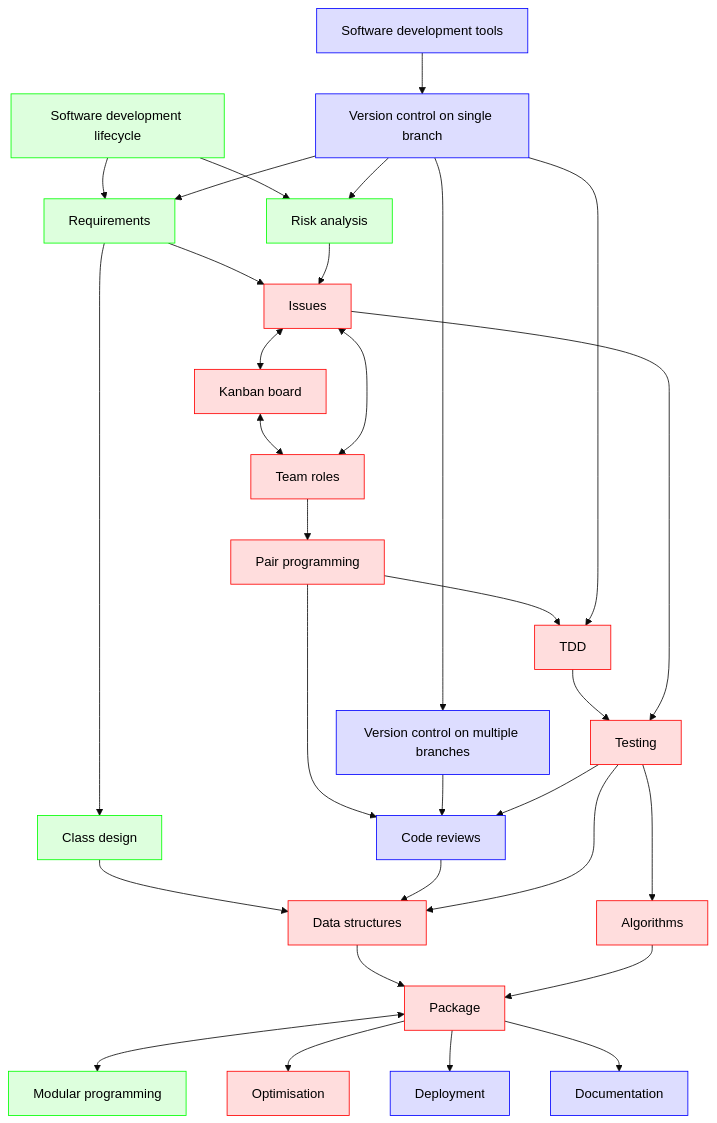
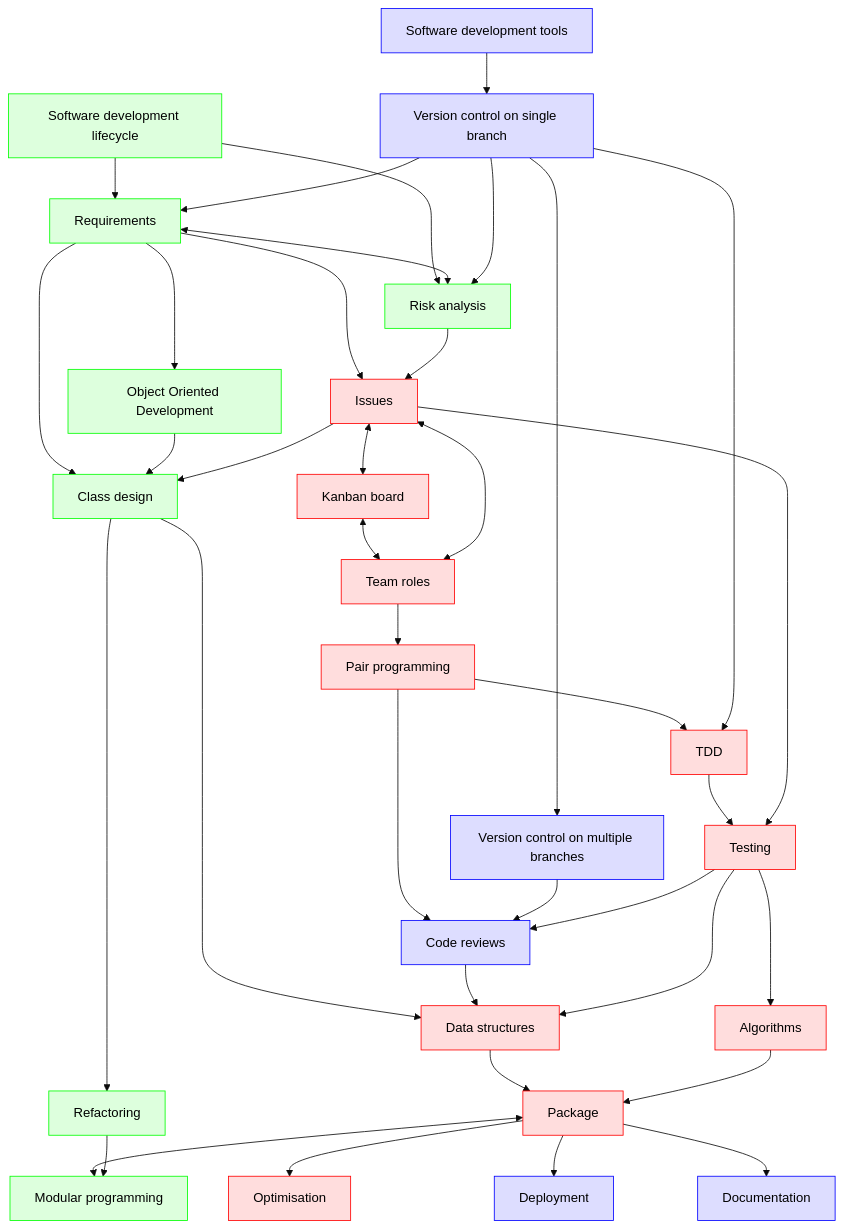
One commit to UPPMAX/programming_formalisms changed the diagram in docs/misc/wrap_up.md. Above: the diagram before and after it, drawn with Mermaid (base theme).

Commit message:
added nodes to the chart

````diff
--- a/docs/misc/wrap_up.md
+++ b/docs/misc/wrap_up.md
@@ -27,73 +27,80 @@
 ```mermaid
 flowchart TD
 
   classDef bjorn_node fill:#ddf,color:#000,stroke:#00f
   classDef lars_node fill:#dfd,color:#000,stroke:#0f0
   classDef richel_node fill:#fdd,color:#000,stroke:#f00
 
     sdlc[Software development lifecycle]:::lars_node
     devtools[Software development tools]:::bjorn_node
 
     requirements[Requirements]:::lars_node
     risk_analysis[Risk analysis]:::lars_node
 
     requirements --> issues
     risk_analysis --> issues
 
     issues[Issues]:::richel_node
     kanban_board[Kanban board]:::richel_node
     team_roles[Team roles]:::richel_node
 
     team_roles <--> issues <--> kanban_board <--> team_roles
 
     team_roles --> pair_programming
 
     version_control_1[Version control on single branch]:::bjorn_node
     version_control_many[Version control on multiple branches]:::bjorn_node
 
     version_control_1 --> version_control_many
 
     class_design[Class design]:::lars_node
 
     pair_programming[Pair programming]:::richel_node
     tdd[TDD]:::richel_node
 
     testing[Testing]:::richel_node
     code_reviews[Code reviews]:::bjorn_node
 
     data_structures[Data structures]:::richel_node
     algorithms[Algorithms]:::richel_node
     optimisation[Optimisation]:::richel_node
 
+    ood[Object Oriented Development]:::lars_node
+    refactoring[Refactoring]:::lars_node
     modular_programming[Modular programming]:::lars_node
     package[Package]:::richel_node
     deployment[Deployment]:::bjorn_node
     documentation[Documentation]:::bjorn_node
 
 
   sdlc --> requirements
   sdlc --> risk_analysis
   devtools --> version_control_1
+  requirements <--> risk_analysis
 
   requirements --> class_design
   version_control_1 --> requirements
   version_control_1 --> risk_analysis
   pair_programming --> tdd
   pair_programming --> code_reviews
   version_control_many --> code_reviews
   class_design --> data_structures
   version_control_1 --> tdd
   tdd --> testing
   issues --> testing
   code_reviews --> data_structures
   testing --> data_structures
   testing --> code_reviews
   testing --> algorithms
   data_structures --> package
   package <--> modular_programming
   package --> optimisation
   algorithms --> package
-
+  requirements --> ood
+  ood --> class_design
+  issues --> class_design
+  class_design --> refactoring
+  refactoring --> modular_programming
   package --> deployment
   package --> documentation
 ```
````
